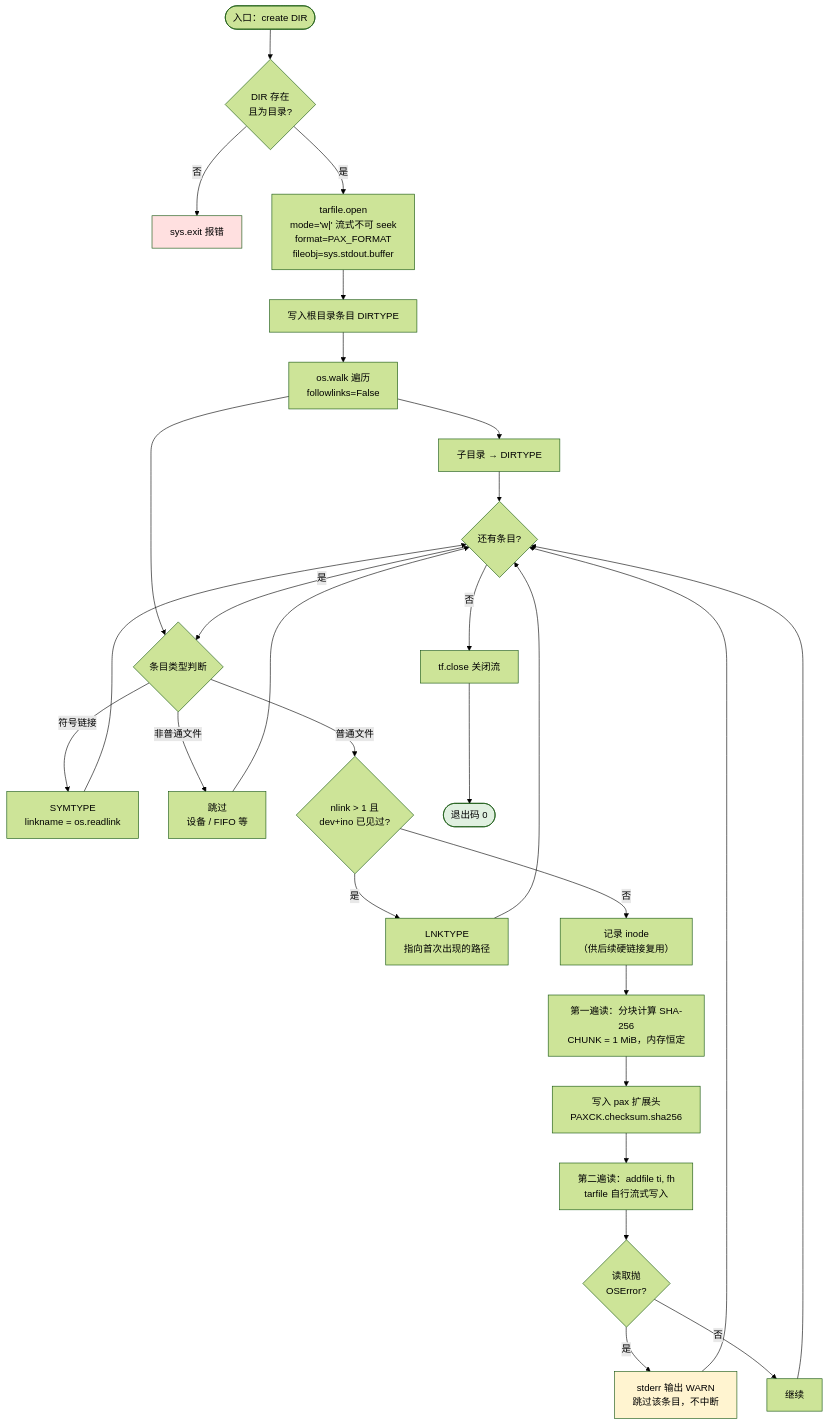
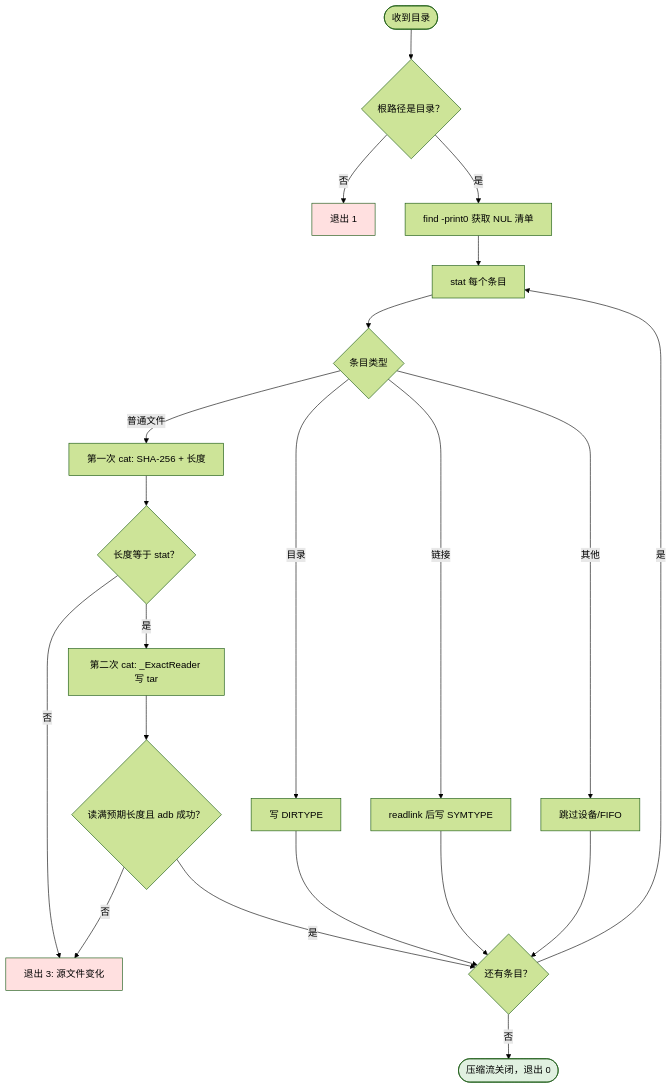
The second of 2 diagrams in docs/flow.md (What410802/AndBackup), drawn with Mermaid (forest theme) before and after one commit. The commit also changed other lines of this file and 13 other files, not shown here.

````diff
--- a/docs/flow.md
+++ b/docs/flow.md
@@ -123,42 +47,27 @@
 ```mermaid
 flowchart TD
-    A([入口：create DIR]) --> B{"DIR 存在<br/>且为目录?"}
-    B -- 否 --> BX["sys.exit 报错"]
-    B -- 是 --> C["tarfile.open<br/>mode='w|' 流式不可 seek<br/>format=PAX_FORMAT<br/>fileobj=sys.stdout.buffer"]
+    START([收到目录]) --> ROOT{"根路径是目录？"}
+    ROOT -- 否 --> E1[退出 1]
+    ROOT -- 是 --> LIST[find -print0 获取 NUL 清单]
+    LIST --> META[stat 每个条目]
+    META --> TYPE{"条目类型"}
+    TYPE -- 目录 --> DIR[写 DIRTYPE]
+    TYPE -- 链接 --> LINK[readlink 后写 SYMTYPE]
+    TYPE -- 普通文件 --> HASH[第一次 cat: SHA-256 + 长度]
+    TYPE -- 其他 --> SKIP[跳过设备/FIFO]
+    HASH --> SAME{"长度等于 stat？"}
+    SAME -- 否 --> E3[退出 3: 源文件变化]
+    SAME -- 是 --> WRITE[第二次 cat: _ExactReader 写 tar]
+    WRITE --> FULL{"读满预期长度且 adb 成功？"}
+    FULL -- 否 --> E3
+    FULL -- 是 --> NEXT{还有条目？}
+    DIR --> NEXT
+    LINK --> NEXT
+    SKIP --> NEXT
+    NEXT -- 是 --> META
+    NEXT -- 否 --> END([压缩流关闭，退出 0])
 
-    C --> D["写入根目录条目 DIRTYPE"]
-    D --> E["os.walk 遍历<br/>followlinks=False"]
-
-    E --> F["子目录 → DIRTYPE"]
-    E --> G{"条目类型判断"}
-
-    G -- 符号链接 --> H["SYMTYPE<br/>linkname = os.readlink"]
-    G -- 非普通文件 --> I["跳过<br/>设备 / FIFO 等"]
-    G -- 普通文件 --> J{"nlink > 1 且<br/>dev+ino 已见过?"}
-
-    J -- 是 --> K["LNKTYPE<br/>指向首次出现的路径"]
-    J -- 否 --> L["记录 inode<br/>（供后续硬链接复用）"]
-
-    L --> M["第一遍读：分块计算 SHA-256<br/>CHUNK = 1 MiB，内存恒定"]
-    M --> N["写入 pax 扩展头<br/>PAXCK.checksum.sha256"]
-    N --> O["第二遍读：addfile ti, fh<br/>tarfile 自行流式写入"]
-
-    O --> P{"读取抛<br/>OSError?"}
-    P -- 是 --> Q["stderr 输出 WARN<br/>跳过该条目，不中断"]
-    P -- 否 --> R["继续"]
-
-    F --> S{"还有条目?"}
-    H --> S
-    I --> S
-    K --> S
-    Q --> S
-    R --> S
-
-    S -- 是 --> G
-    S -- 否 --> T["tf.close 关闭流"]
-    T --> U([退出码 0])
-
-    style BX fill:#ffe0e0
-    style Q fill:#fff4d0
-    style U fill:#e0f0e0
+    style E1 fill:#ffe0e0
+    style E3 fill:#ffe0e0
+    style END fill:#e0f0e0
 ```
````
